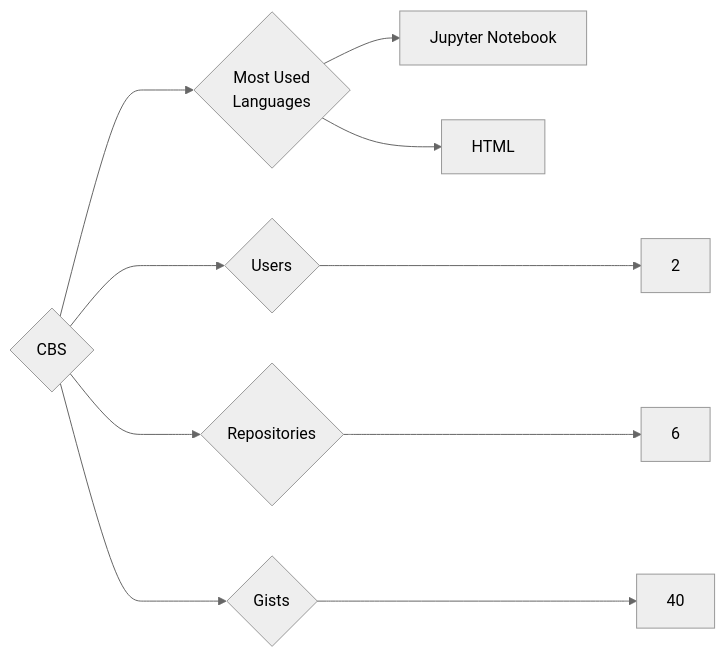
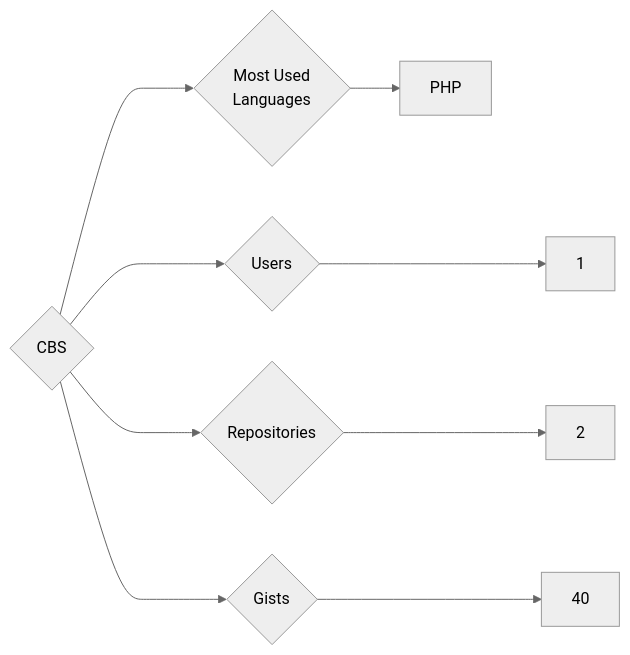
One commit to trickest/insiders changed the diagram in targets/CBS/README.md. Above: the diagram before and after it, drawn with Mermaid (neutral theme). The commit also changed 882 other files, not shown here.

````diff
--- a/targets/CBS/README.md
+++ b/targets/CBS/README.md
@@ -3,10 +3,9 @@
 ```mermaid
 graph LR
 COMPANY_NAME{CBS}
-COMPANY_NAME ---> U{Users} ---> UN[2]
-COMPANY_NAME ---> R{Repositories} ---> RN[6]
+COMPANY_NAME ---> U{Users} ---> UN[1]
+COMPANY_NAME ---> R{Repositories} ---> RN[2]
 COMPANY_NAME ---> G{Gists} ---> GN[40]
 COMPANY_NAME ---> ML{Most Used<br>Languages}
-ML --> Jupyter_Notebook[Jupyter Notebook]
-ML --> HTML[HTML]
+ML --> PHP[PHP]
 ```
````
